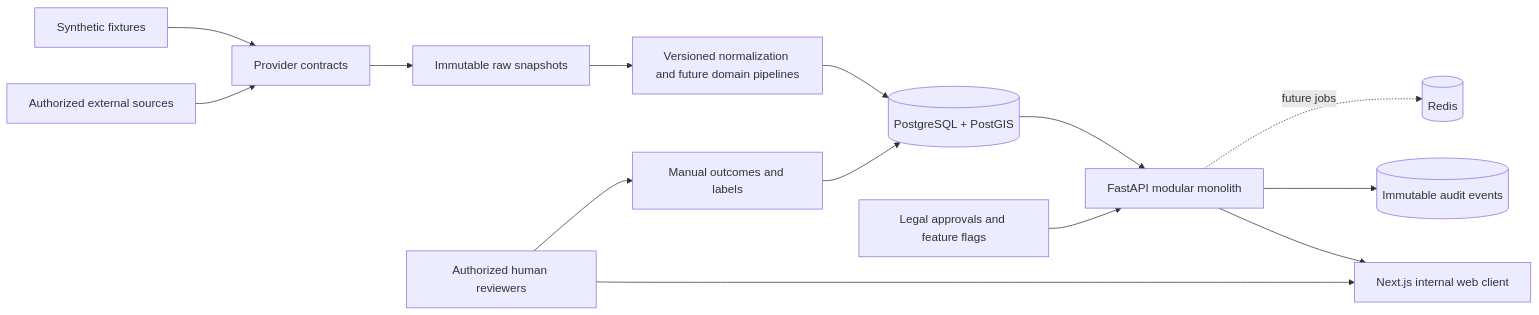
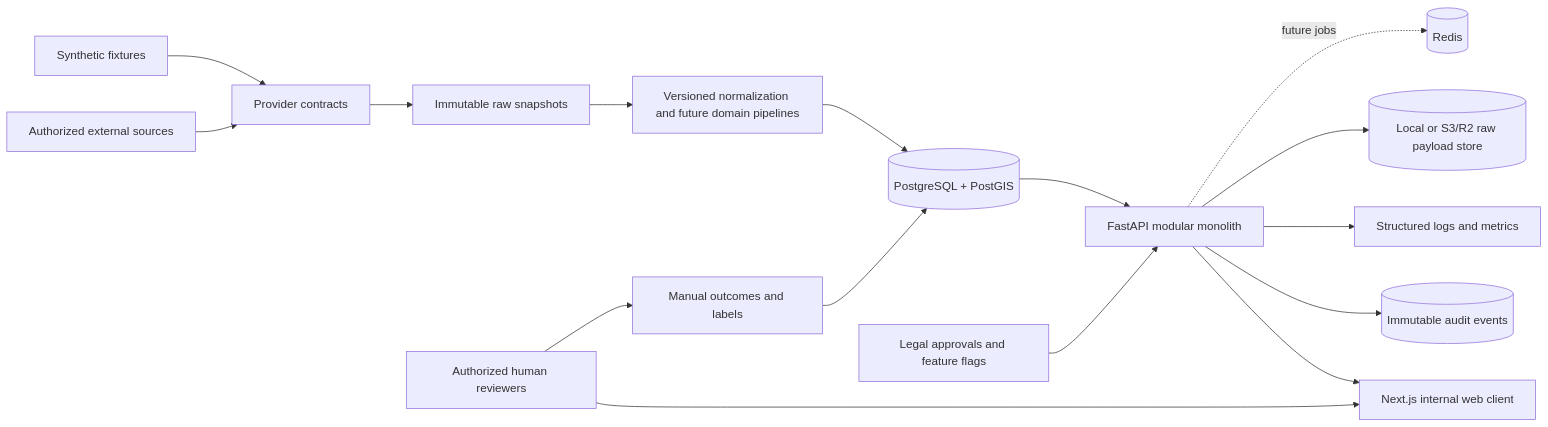
Before and after one commit to prospercode11/beyond-fire-radar: the first of 2 diagrams in docs/architecture/system-context.md, drawn with Mermaid. The commit also changed other lines of this file and 58 other files, not shown here.

````diff
--- a/docs/architecture/system-context.md
+++ b/docs/architecture/system-context.md
@@ -3,16 +3,18 @@
 ```mermaid
 flowchart LR
   A[Authorized external sources] --> B[Provider contracts]
   F[Synthetic fixtures] --> B
   B --> C[Immutable raw snapshots]
   C --> D[Versioned normalization and future domain pipelines]
   D --> E[(PostgreSQL + PostGIS)]
   E --> API[FastAPI modular monolith]
   API --> WEB[Next.js internal web client]
   API --> AUDIT[(Immutable audit events)]
+  API --> OBS[Structured logs and metrics]
+  API --> OBJ[(Local or S3/R2 raw payload store)]
   API -. future jobs .-> REDIS[(Redis)]
   LEGAL[Legal approvals and feature flags] --> API
   REVIEW[Authorized human reviewers] --> WEB
   REVIEW --> OUT[Manual outcomes and labels]
   OUT --> E
 ```
````
